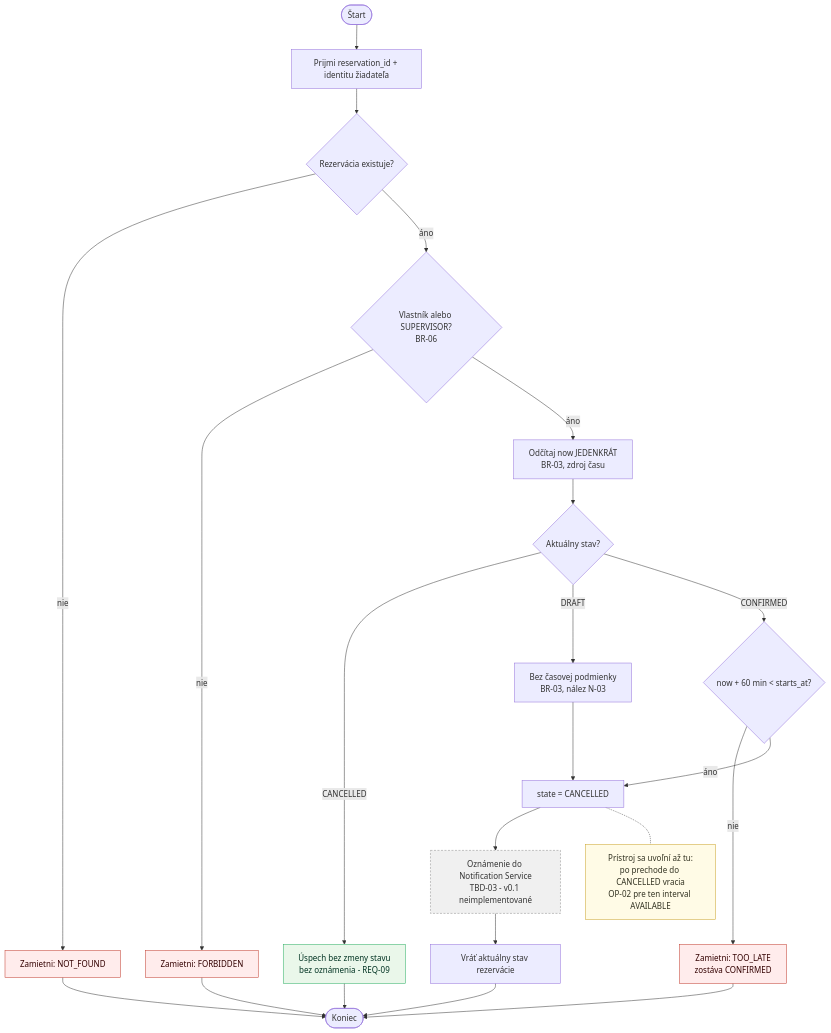
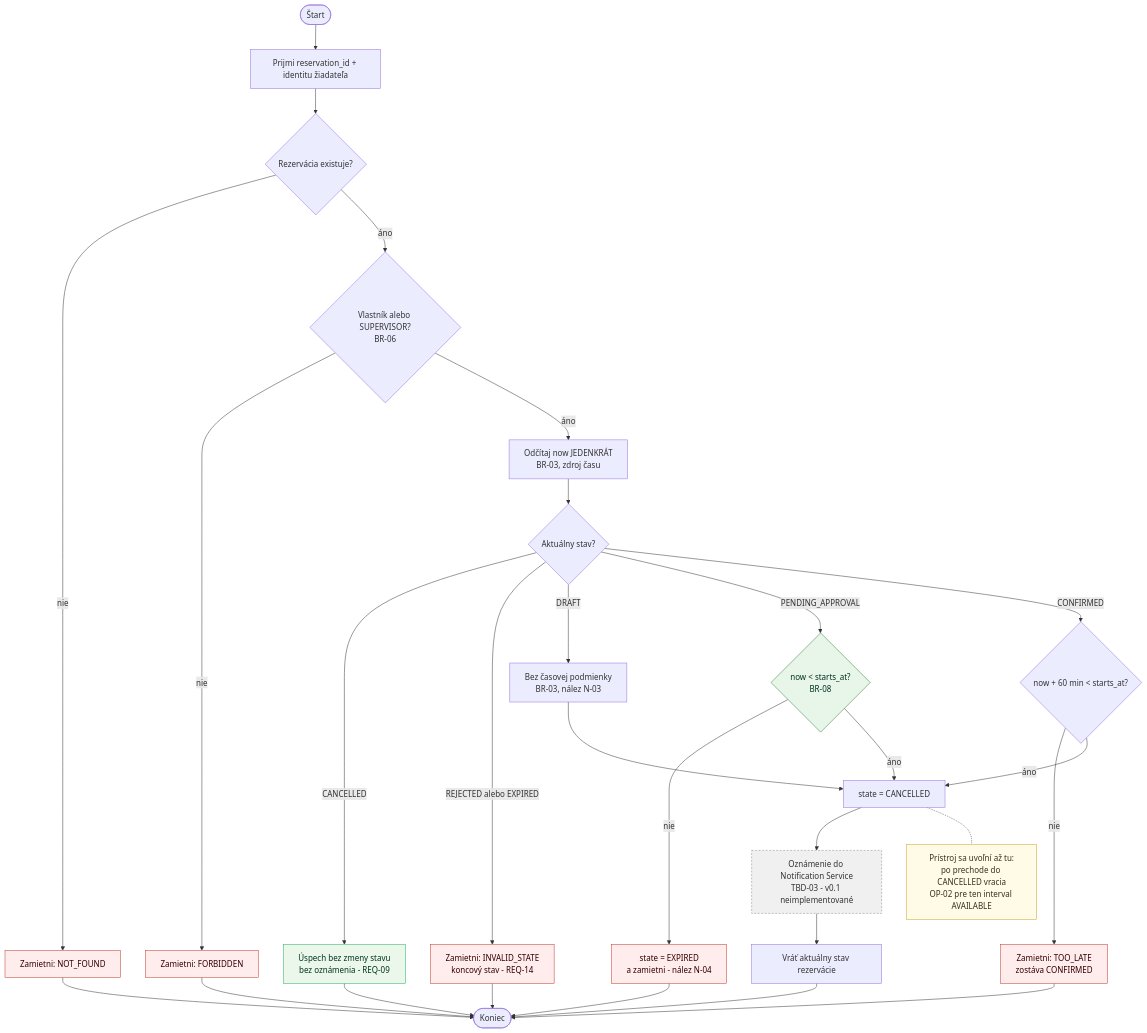
One commit to thspowered/SWI-LAB changed the sixth of 7 diagrams in docs/diagrams.md. Above: the diagram before and after it, drawn with Mermaid. The commit also changed other lines of this file and 14 other files, not shown here.

````diff
--- a/docs/diagrams.md
+++ b/docs/diagrams.md
@@ -240,35 +283,43 @@
 ```mermaid
 flowchart TD
     A([Štart]) --> B["Prijmi reservation_id + identitu žiadateľa"]
     B --> C{"Rezervácia existuje?"}
     C -->|"nie"| X1["Zamietni: NOT_FOUND"]
     C -->|"áno"| D{"Vlastník alebo SUPERVISOR?<br/>BR-06"}
     D -->|"nie"| X2["Zamietni: FORBIDDEN"]
     D -->|"áno"| E["Odčítaj now JEDENKRÁT<br/>BR-03, zdroj času"]
     E --> F{"Aktuálny stav?"}
     F -->|"CANCELLED"| R1["Úspech bez zmeny stavu<br/>bez oznámenia - REQ-09"]
+    F -->|"REJECTED alebo EXPIRED"| X5["Zamietni: INVALID_STATE<br/>koncový stav - REQ-14"]
     F -->|"DRAFT"| G["Bez časovej podmienky<br/>BR-03, nález N-03"]
+    F -->|"PENDING_APPROVAL"| Q{"now < starts_at?<br/>BR-08"}
     F -->|"CONFIRMED"| H{"now + 60 min < starts_at?"}
-    G --> J["state = CANCELLED"]
+    Q -->|"nie"| X6["state = EXPIRED<br/>a zamietni - nález N-04"]
+    Q -->|"áno"| J["state = CANCELLED"]
+    G --> J
     H -->|"nie"| X4["Zamietni: TOO_LATE<br/>zostáva CONFIRMED"]
     H -->|"áno"| J
     J --> K["Oznámenie do Notification Service<br/>TBD-03 - v0.1 neimplementované"]
     K --> L["Vráť aktuálny stav rezervácie"]
     L --> Z([Koniec])
     R1 --> Z
     X1 --> Z
     X2 --> Z
     X4 --> Z
+    X5 --> Z
+    X6 --> Z
 
     N["Prístroj sa uvoľní až tu:<br/>po prechode do CANCELLED vracia<br/>OP-02 pre ten interval AVAILABLE"]
     J -.- N
 
     classDef rej fill:#ffecec,stroke:#c0392b,color:#300;
     classDef ok fill:#eaf7ea,stroke:#27ae60,color:#032;
     classDef note fill:#fffbe6,stroke:#c9a227,color:#332;
     classDef todo fill:#f0f0f0,stroke:#888,color:#333,stroke-dasharray: 4 3;
-    class X1,X2,X4 rej;
+    classDef new fill:#e8f5e9,stroke:#2e7d32,color:#032;
+    class X1,X2,X4,X5,X6 rej;
     class R1 ok;
     class N note;
     class K todo;
+    class Q new;
 ```
````
